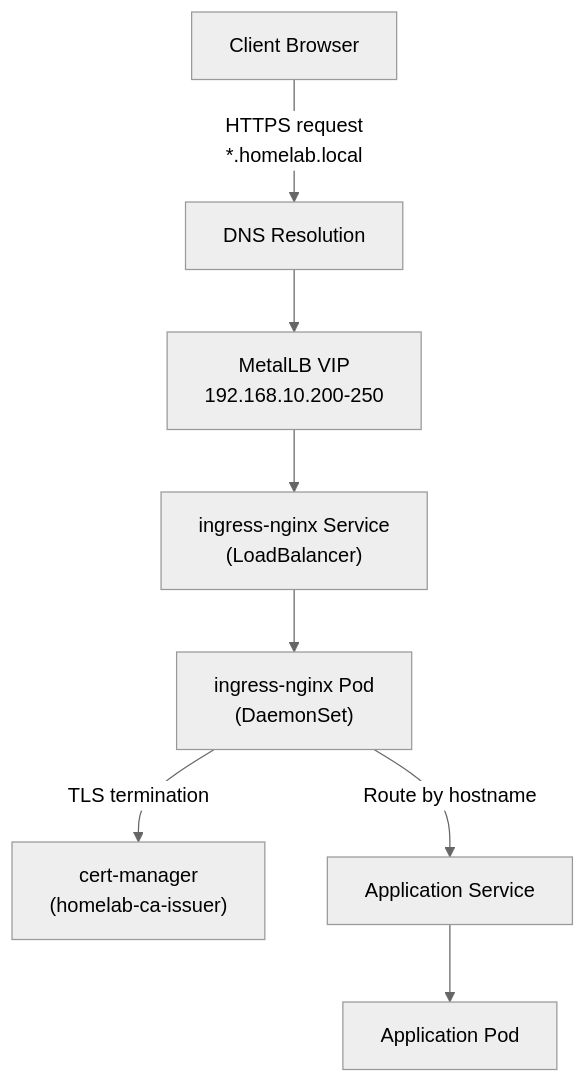
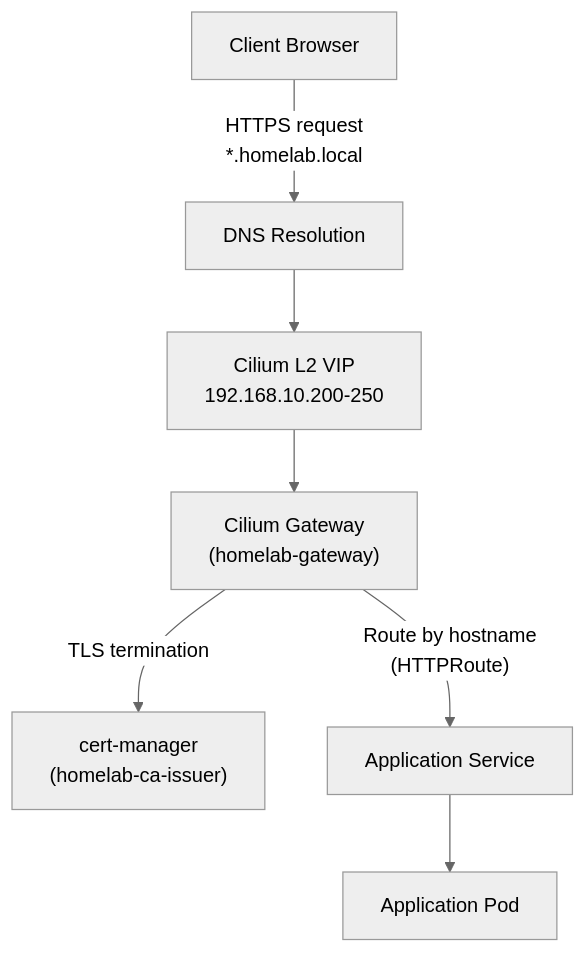
Before and after one commit to kyleseneker/homelab: the first of 3 diagrams in docs/architecture/networking.md, drawn with Mermaid (neutral theme). The commit also changed other lines of this file and 42 other files, not shown here.

Commit message:
docs: fix stale ingress-nginx/MetalLB refs, add ADRs and OpenClaw docs

````diff
--- a/docs/architecture/networking.md
+++ b/docs/architecture/networking.md
@@ -7,10 +7,9 @@
 ```mermaid
 flowchart TD
     client["Client Browser"] -->|"HTTPS request\n*.homelab.local"| dns["DNS Resolution"]
-    dns --> metallbVIP["MetalLB VIP\n192.168.10.200-250"]
-    metallbVIP --> ingressSvc["ingress-nginx Service\n(LoadBalancer)"]
-    ingressSvc --> ingressPod["ingress-nginx Pod\n(DaemonSet)"]
-    ingressPod -->|"TLS termination"| certManager["cert-manager\n(homelab-ca-issuer)"]
-    ingressPod -->|"Route by hostname"| appSvc["Application Service"]
+    dns --> ciliumVIP["Cilium L2 VIP\n192.168.10.200-250"]
+    ciliumVIP --> gateway["Cilium Gateway\n(homelab-gateway)"]
+    gateway -->|"TLS termination"| certManager["cert-manager\n(homelab-ca-issuer)"]
+    gateway -->|"Route by hostname\n(HTTPRoute)"| appSvc["Application Service"]
     appSvc --> appPod["Application Pod"]
 ```
````
